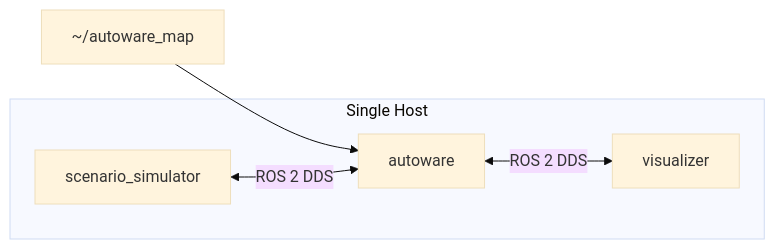
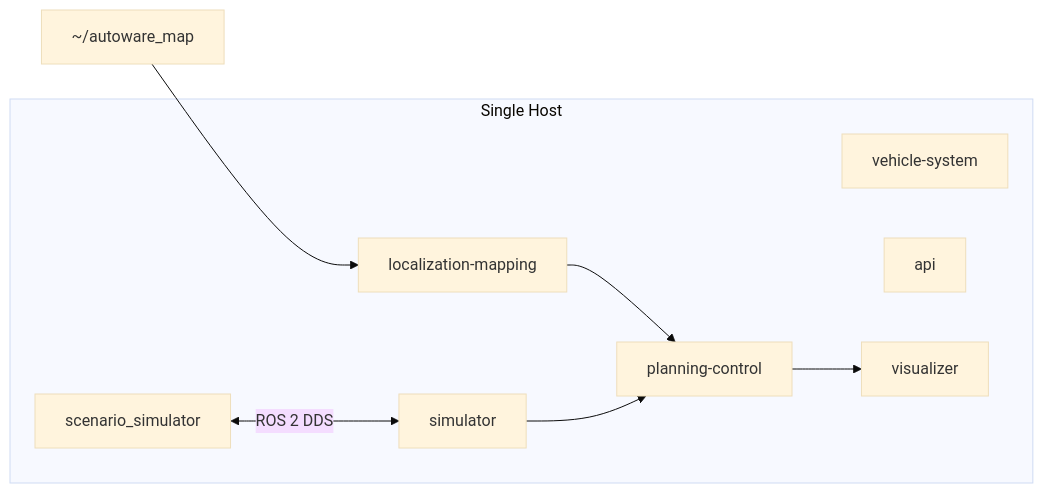
One commit to autowarefoundation/openadkit changed the diagram in docs/deployment/scenario-simulation/index.md. Above: the diagram before and after it, drawn with Mermaid (base theme). The commit also changed 6 other files, not shown here.

First line of the commit message:
docs: fix arch diagrams, broken links, and missing flags across docs

````diff
--- a/docs/deployment/scenario-simulation/index.md
+++ b/docs/deployment/scenario-simulation/index.md
@@ -129,12 +129,18 @@
 ```mermaid
 graph LR
     subgraph Host["Single Host"]
-        A[autoware]
-        S[scenario_simulator]
-        V[visualizer]
+        M[localization-mapping]
+        PC[planning-control]
+        VS[vehicle-system]
+        SIM[simulator]
+        API[api]
+        VIZ[visualizer]
+        SS[scenario_simulator]
     end
 
-    Map[~/autoware_map] --> A
-    S <-->|ROS 2 DDS| A
-    A <-->|ROS 2 DDS| V
+    Map[~/autoware_map] --> M
+    M --> PC
+    SS <-->|ROS 2 DDS| SIM
+    SIM --> PC
+    PC --> VIZ
 ```
````
